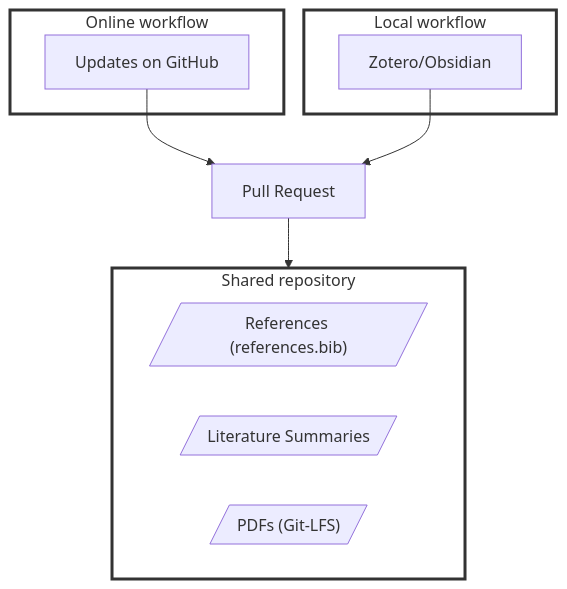
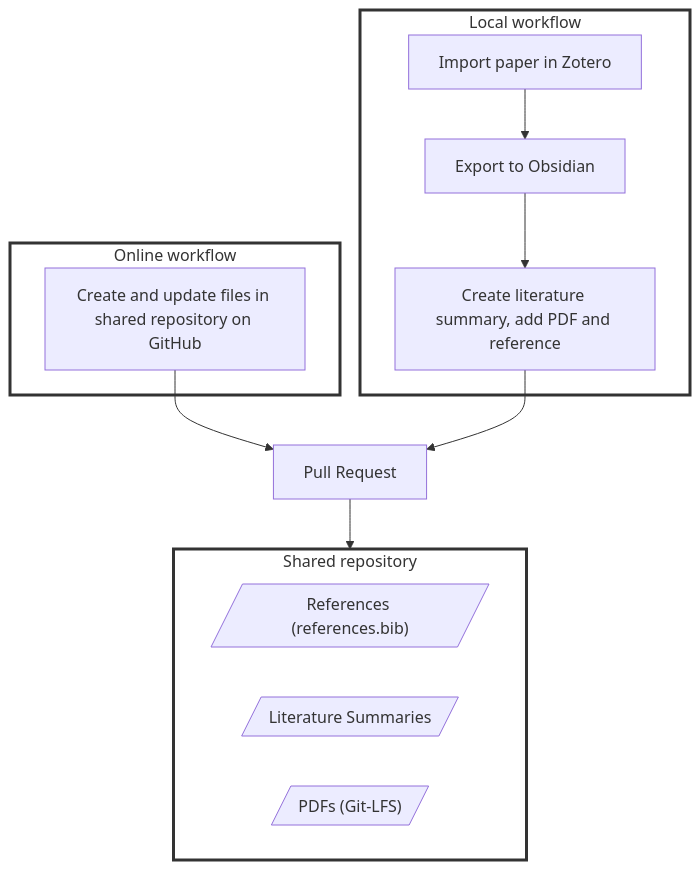
One commit to digital-work-lab/handbook changed the diagram in docs/20-research/22-literature.md. Above: the diagram before and after it, drawn with Mermaid.

````diff
--- a/docs/20-research/22-literature.md
+++ b/docs/20-research/22-literature.md
@@ -11,27 +11,29 @@
 ```mermaid
 graph TD
     subgraph SharedRepository["Shared repository"]
         direction LR
         A@{ shape: lean-r, label: "References (references.bib)" }
         B@{ shape: lean-r, label: "Literature Summaries" }
         C@{ shape: lean-r, label: "PDFs (Git-LFS)" }
     end
 
     subgraph LocalWorkflow["Local workflow"]
-        D["Zotero/Obsidian"]
+        K["Import paper in Zotero"]
+        K --> L["Export to Obsidian"]
+        L --> D["Create literature summary, add PDF and reference"]
     end
 
     subgraph OnlineWorkflow["Online workflow"]
-        J["Updates on GitHub"]
+        J["Create and update files in shared repository on GitHub"]
     end
 
     J --> E
     E[Pull Request]
     D --> E
     E --> SharedRepository
 
     style LocalWorkflow fill:white,stroke:#333,stroke-width:3px
     style SharedRepository fill:white,stroke:#333,stroke-width:3px
     style OnlineWorkflow fill:white,stroke:#333,stroke-width:3px
 
 ```
````
